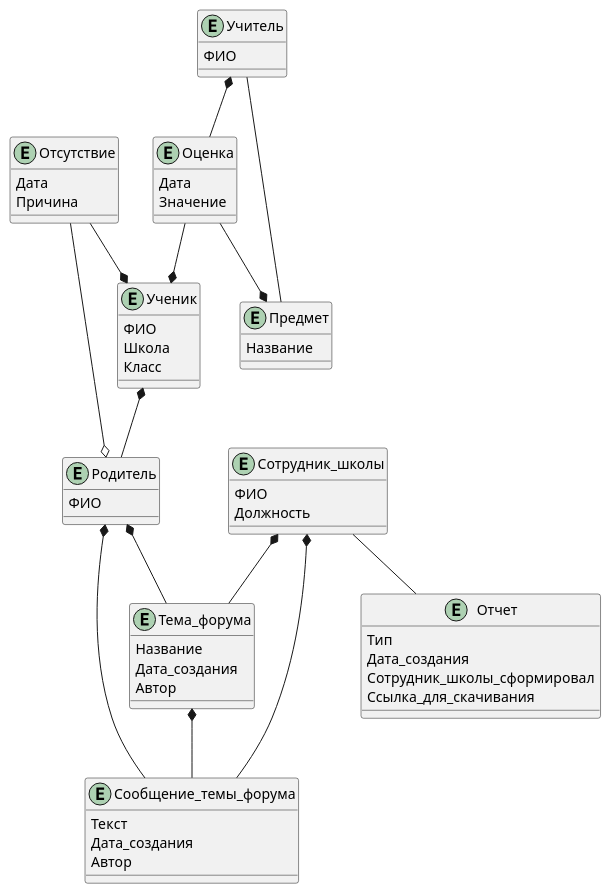
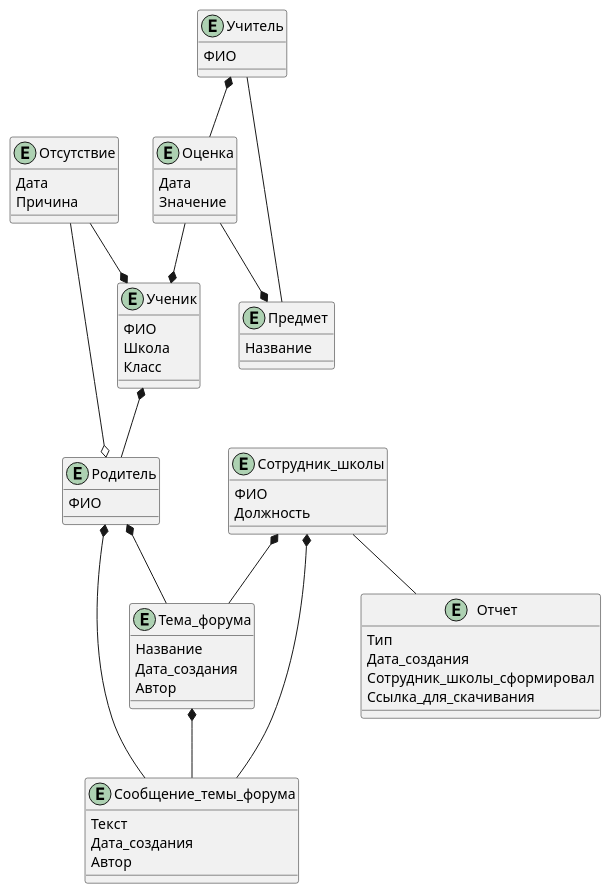
One commit to MorpM/software_architecture_course changed the diagram in docs/software-architect-dz-2/dekompoziciya-po-rolyam-polzovateley-2-y-variant.puml. Above: the diagram before and after it, drawn with PlantUML. The commit also changed 3 other files, not shown here.

```diff
--- a/docs/software-architect-dz-2/dekompoziciya-po-rolyam-polzovateley-2-y-variant.puml
+++ b/docs/software-architect-dz-2/dekompoziciya-po-rolyam-polzovateley-2-y-variant.puml
@@ -1,76 +1,76 @@
 @startuml
 
 
 entity "Отсутствие" as absence {
 Дата
 Причина
 }
 
 entity "Оценка" as mark {
 Дата
 Значение
 }
 
 entity "Учитель" as teacher {
 ФИО
 }
 
-entity "Предмет" as subject {
+entity "Предмет " as subject {
 Название
 }
 
 
 
 entity "Тема_форума" as topic{
 Название
 Дата_создания
 Автор
 }
 
 entity "Сообщение_темы_форума" as message {
 Текст
 Дата_создания
 Автор
 }
 
 
 entity "Ученик" as student {
 ФИО
 Школа
 Класс
 }
 
 entity "Родитель" as parent {
 ФИО
 }
 
 entity "Сотрудник_школы" as admin {
 ФИО
 Должность
 }
 
 
 
 entity "Отчет" as report{
 Тип
 Дата_создания
 Сотрудник_школы_сформировал
 Ссылка_для_скачивания
 }
 
 
 student *-- parent
 topic *-- message
 mark --* subject
 mark --* student
 absence --* student
 absence --o parent
 admin -- report
 admin *-- topic
 parent *-- topic
 admin *-- message
 parent *-- message
 teacher *-- mark
 teacher -- subject
 
 @enduml
```
